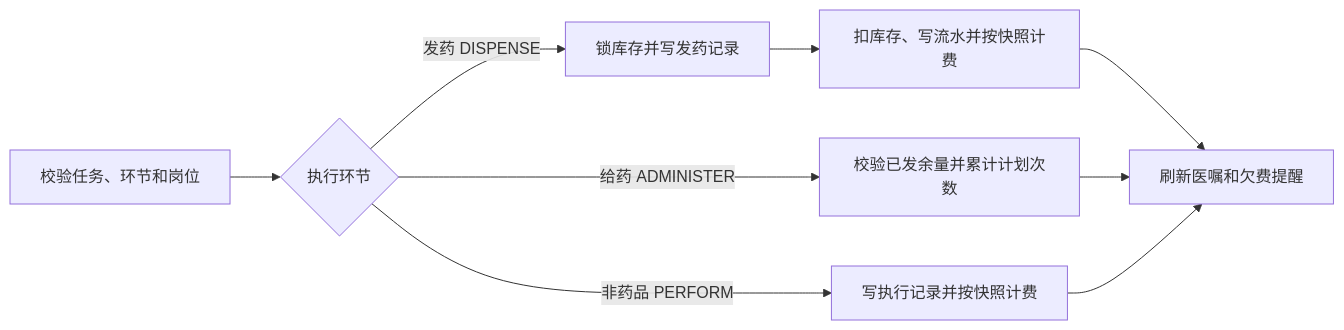
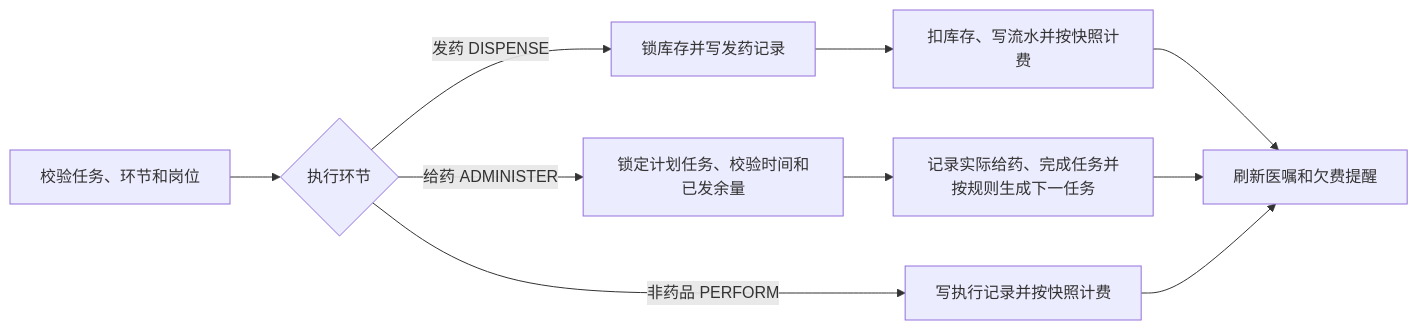
The third of 3 diagrams in docs/实体关系设计.md (helanfameng/Hospital-manage), drawn with Mermaid before and after one commit. The commit also changed other lines of this file and 99 other files, not shown here.

````diff
--- a/docs/实体关系设计.md
+++ b/docs/实体关系设计.md
@@ -60,11 +62,12 @@
 ```mermaid
 flowchart LR
   A["校验任务、环节和岗位"] --> B{"执行环节"}
   B -->|发药 DISPENSE| C["锁库存并写发药记录"]
   C --> D["扣库存、写流水并按快照计费"]
-  B -->|给药 ADMINISTER| E["校验已发余量并累计计划次数"]
+  B -->|给药 ADMINISTER| E["锁定计划任务、校验时间和已发余量"]
+  E --> H["记录实际给药、完成任务并按规则生成下一任务"]
   B -->|非药品 PERFORM| F["写执行记录并按快照计费"]
   D --> G["刷新医嘱和欠费提醒"]
-  E --> G
+  H --> G
   F --> G
 ```
````
